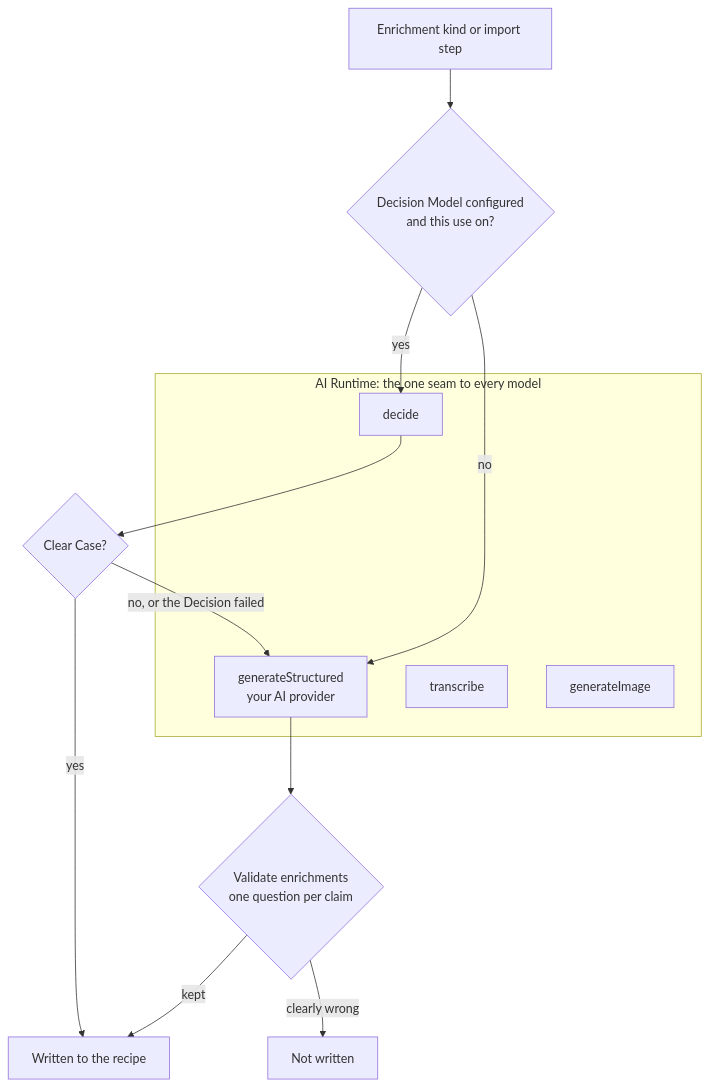
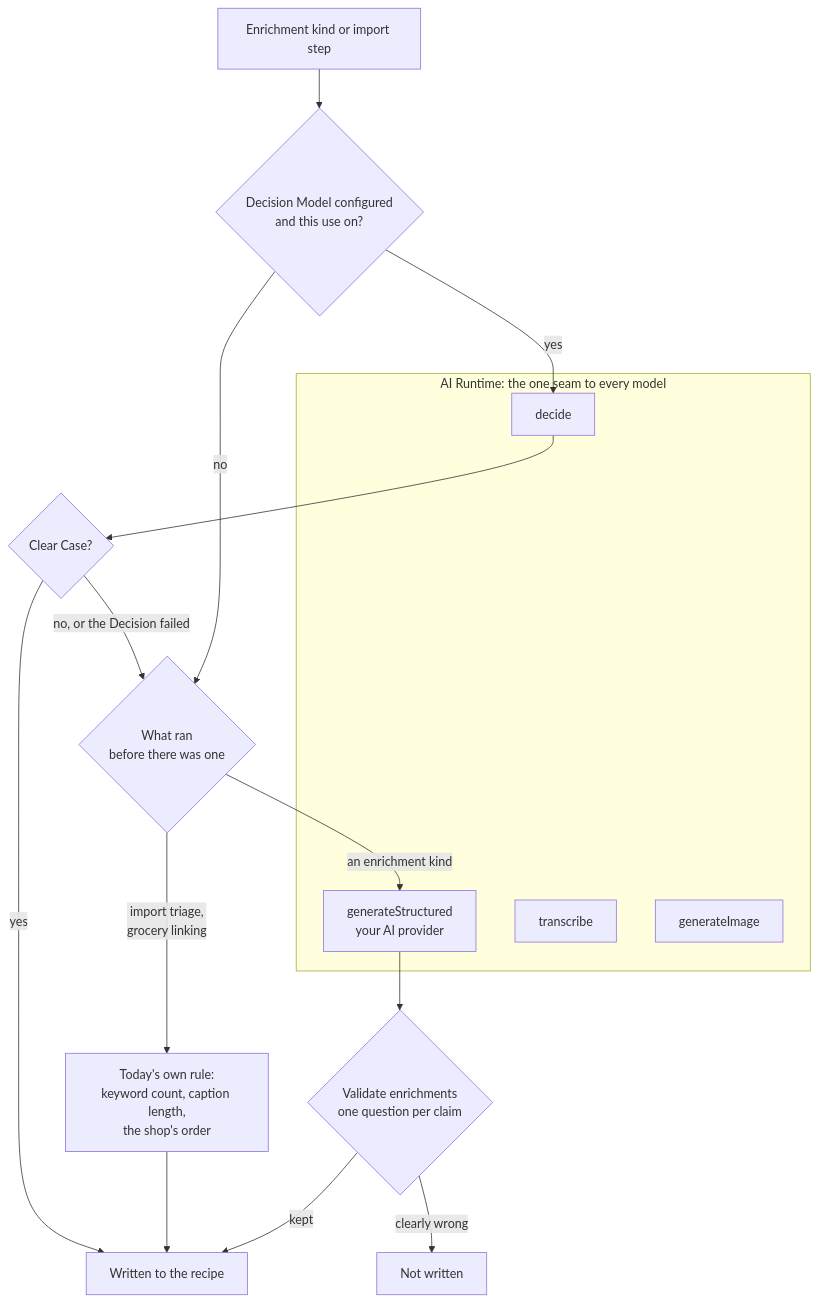
The diagram in apps/docs/docs/configuration/ai-provider.md (norish-recipes/norish), drawn with Mermaid before and after one commit. The commit also changed 29 other files, not shown here.

````diff
--- a/apps/docs/docs/configuration/ai-provider.md
+++ b/apps/docs/docs/configuration/ai-provider.md
@@ -273,18 +273,21 @@
 ```mermaid
 flowchart TD
   K[Enrichment kind or import step] --> U{Decision Model configured<br/>and this use on?}
   U -- yes --> D[decide]
   D --> C{Clear Case?}
   C -- yes --> W[Written to the recipe]
-  C -- "no, or the Decision failed" --> G[generateStructured<br/>your AI provider]
-  U -- no --> G
+  C -- "no, or the Decision failed" --> F{What ran<br/>before there was one}
+  U -- no --> F
+  F -- "an enrichment kind" --> G[generateStructured<br/>your AI provider]
+  F -- "import triage,<br/>grocery linking" --> H[Today's own rule:<br/>keyword count, caption length,<br/>the shop's order]
+  H --> W
   G --> V{Validate enrichments<br/>one question per claim}
   V -- kept --> W
   V -- "clearly wrong" --> X[Not written]
   subgraph R[AI Runtime: the one seam to every model]
     D
     G
     T[transcribe]
     I[generateImage]
   end
 ```
````
